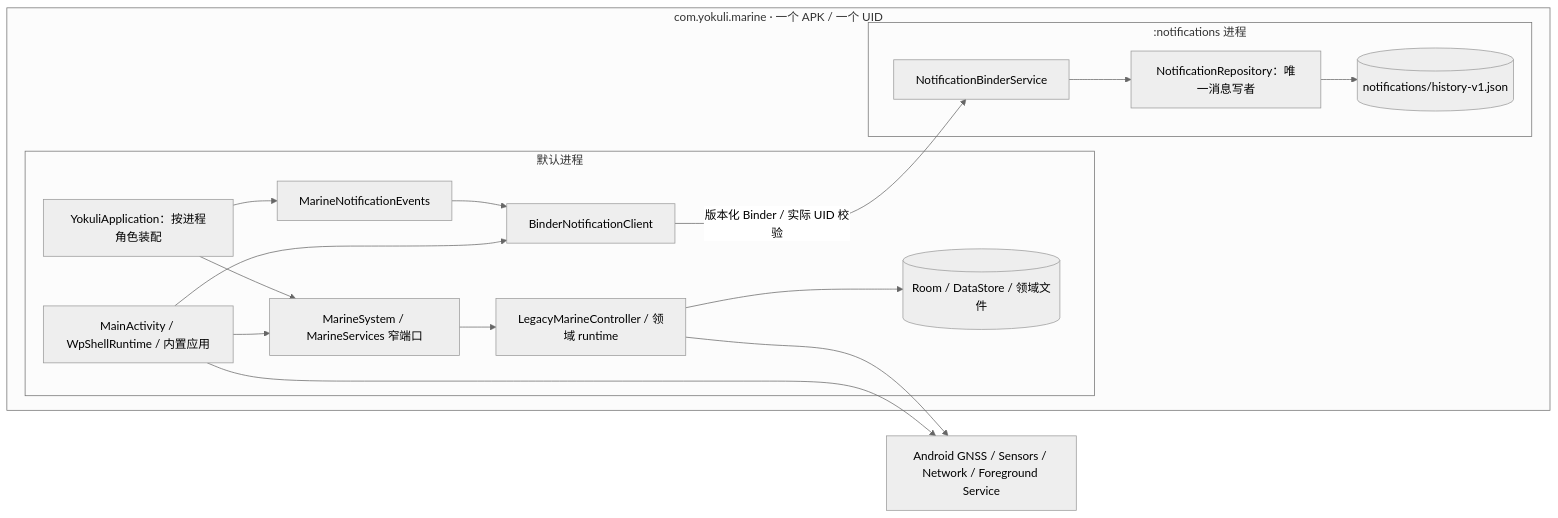
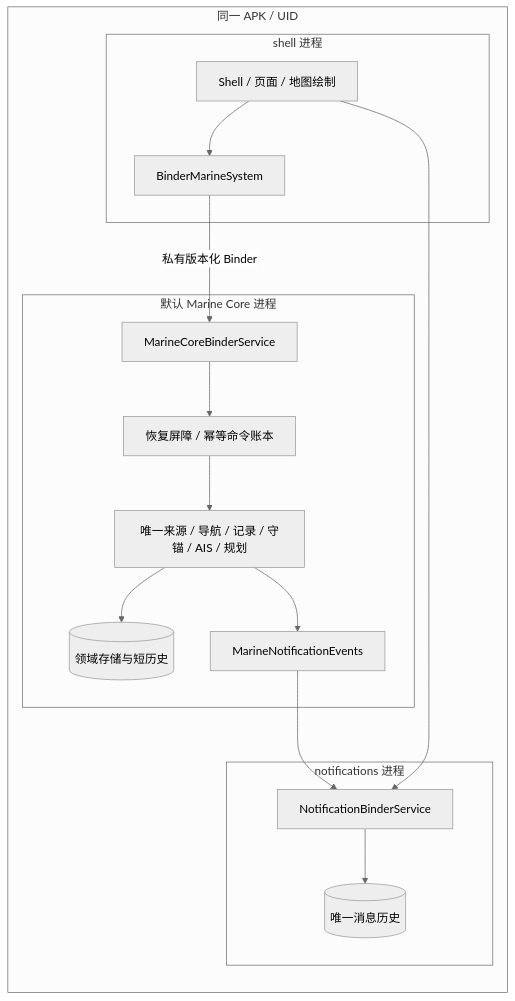
The second of 3 diagrams in docs/os/01-ARCHITECTURE.md (ohkuku/yokuli_marine_shell), drawn with Mermaid (neutral theme) before and after one commit. The commit also changed other lines of this file and 85 other files, not shown here.

Commit message:
feat: add nautical ENC portrayal and durable isolated Marine Core

````diff
--- a/docs/os/01-ARCHITECTURE.md
+++ b/docs/os/01-ARCHITECTURE.md
@@ -50,27 +50,27 @@
 ```mermaid
 flowchart LR
-    subgraph APK[com.yokuli.marine · 一个 APK / 一个 UID]
-        subgraph MAIN[默认进程]
-            Application[YokuliApplication：按进程角色装配]
-            UI[MainActivity / WpShellRuntime / 内置应用]
-            Client[MarineSystem / MarineServices 窄端口]
-            Runtime[LegacyMarineController / 领域 runtime]
-            Events[MarineNotificationEvents]
-            NoticeClient[BinderNotificationClient]
-            DomainDB[(Room / DataStore / 领域文件)]
-            Application --> Client
-            UI --> Client --> Runtime --> DomainDB
-            Application --> Events --> NoticeClient
-            UI --> NoticeClient
+    subgraph APK[同一 APK / UID]
+        subgraph SHELL[shell 进程]
+            UI[Shell / 页面 / 地图绘制]
+            CLIENT[BinderMarineSystem]
+            UI --> CLIENT
         end
-        subgraph NOTIFY[:notifications 进程]
-            Service[NotificationBinderService]
-            Repo[NotificationRepository：唯一消息写者]
-            History[(notifications/history-v1.json)]
-            Service --> Repo --> History
+        subgraph MAIN[默认 Marine Core 进程]
+            RPC[MarineCoreBinderService]
+            RESTORE[恢复屏障 / 幂等命令账本]
+            SERVICES[唯一来源 / 导航 / 记录 / 守锚 / AIS / 规划]
+            DB[(领域存储与短历史)]
+            RPC --> RESTORE --> SERVICES --> DB
+            EVENTS[MarineNotificationEvents]
+            SERVICES --> EVENTS
         end
-        NoticeClient -->|版本化 Binder / 实际 UID 校验| Service
+        subgraph NOTIFICATIONS[notifications 进程]
+            NOTICE[NotificationBinderService]
+            STORE[(唯一消息历史)]
+            NOTICE --> STORE
+        end
+        CLIENT -->|私有版本化 Binder| RPC
+        EVENTS --> NOTICE
+        UI --> NOTICE
     end
-    Runtime --> Android[Android GNSS / Sensors / Network / Foreground Service]
-    UI --> Android
 ```
````
